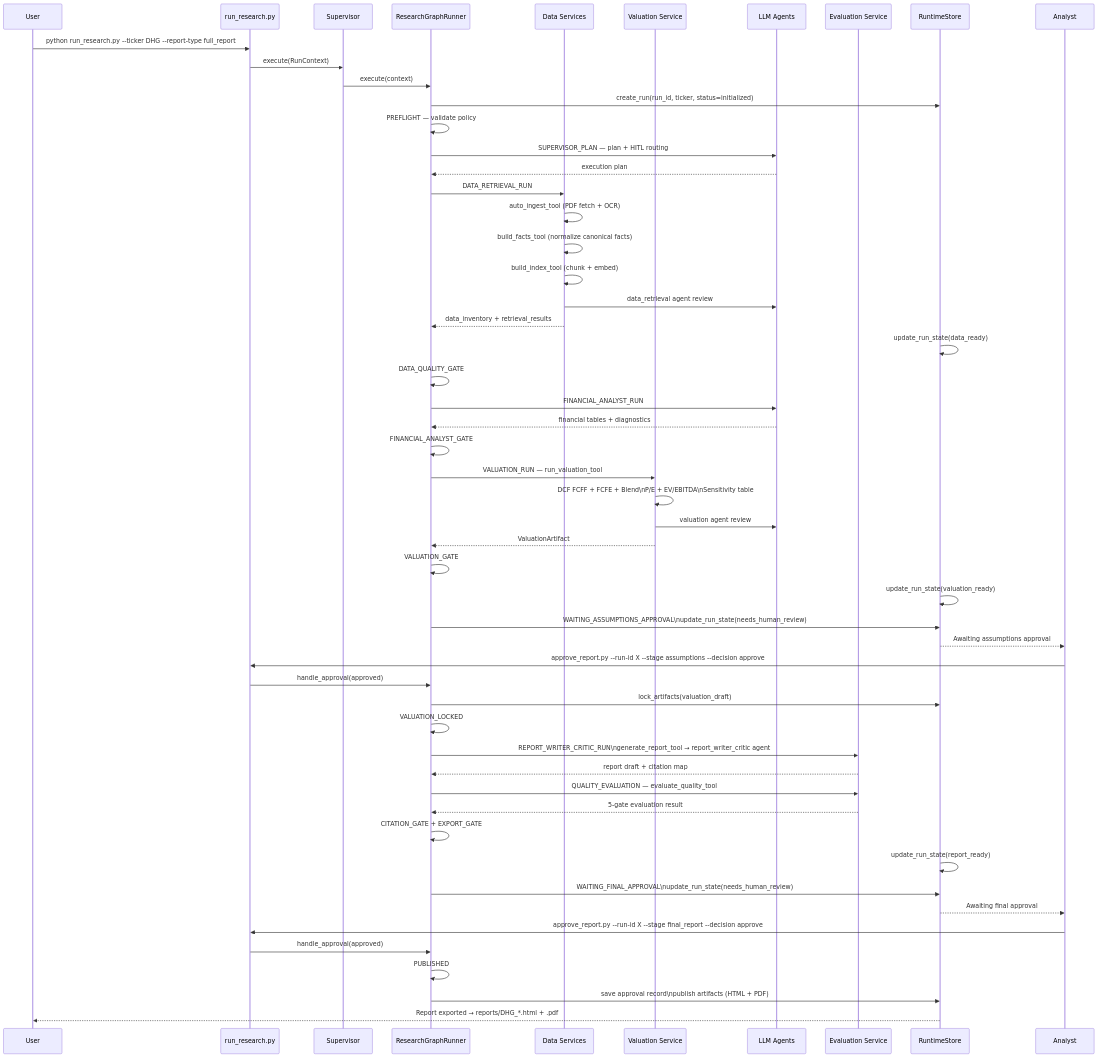
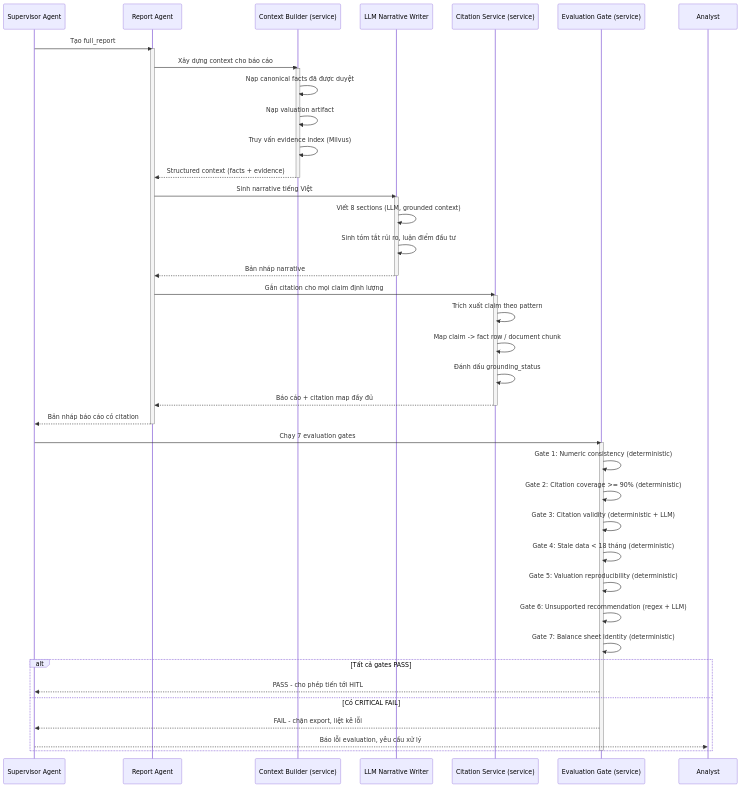
One commit to haubelerche/equity-research-system changed the fifth of 6 diagrams in docs/SEQUENCE.md. Above: the diagram before and after it, drawn with Mermaid. The commit also changed other lines of this file and 124 other files, not shown here.

````diff
--- a/docs/SEQUENCE.md
+++ b/docs/SEQUENCE.md
@@ -736,68 +297,57 @@
 ```mermaid
 sequenceDiagram
-  participant User
-  participant CLI as run_research.py
-  participant Supervisor
-  participant Runner as ResearchGraphRunner
-  participant DataSvc as Data Services
-  participant ValSvc as Valuation Service
-  participant LLM as LLM Agents
-  participant EvalSvc as Evaluation Service
-  participant Store as RuntimeStore
-  participant Analyst
+    participant Supervisor as Supervisor Agent
+    participant ReportAgent as Report Agent
+    participant CtxBuilder as Context Builder (service)
+    participant LLMWriter as LLM Narrative Writer
+    participant CitationSvc as Citation Service (service)
+    participant EvalGate as Evaluation Gate (service)
+    participant Analyst
 
-  User ->> CLI: python run_research.py --ticker DHG --report-type full_report
-  CLI ->> Supervisor: execute(RunContext)
-  Supervisor ->> Runner: execute(context)
+    Supervisor->>ReportAgent: Tạo full_report
+    activate ReportAgent
 
-  Runner ->> Store: create_run(run_id, ticker, status=initialized)
-  Runner ->> Runner: PREFLIGHT — validate policy
+    ReportAgent->>CtxBuilder: Xây dựng context cho báo cáo
+    activate CtxBuilder
+    CtxBuilder->>CtxBuilder: Nạp canonical facts đã được duyệt
+    CtxBuilder->>CtxBuilder: Nạp valuation artifact
+    CtxBuilder->>CtxBuilder: Truy vấn evidence index (Milvus)
+    CtxBuilder-->>ReportAgent: Structured context (facts + evidence)
+    deactivate CtxBuilder
 
-  Runner ->> LLM: SUPERVISOR_PLAN — plan + HITL routing
-  LLM -->> Runner: execution plan
+    ReportAgent->>LLMWriter: Sinh narrative tiếng Việt
+    activate LLMWriter
+    LLMWriter->>LLMWriter: Viết 8 sections (LLM, grounded context)
+    LLMWriter->>LLMWriter: Sinh tóm tắt rủi ro, luận điểm đầu tư
+    LLMWriter-->>ReportAgent: Bản nháp narrative
+    deactivate LLMWriter
 
-  Runner ->> DataSvc: DATA_RETRIEVAL_RUN
-  DataSvc ->> DataSvc: auto_ingest_tool (PDF fetch + OCR)
-  DataSvc ->> DataSvc: build_facts_tool (normalize canonical facts)
-  DataSvc ->> DataSvc: build_index_tool (chunk + embed)
-  DataSvc ->> LLM: data_retrieval agent review
-  DataSvc -->> Runner: data_inventory + retrieval_results
-  Store ->> Store: update_run_state(data_ready)
+    ReportAgent->>CitationSvc: Gắn citation cho mọi claim định lượng
+    activate CitationSvc
+    CitationSvc->>CitationSvc: Trích xuất claim theo pattern
+    CitationSvc->>CitationSvc: Map claim -> fact row / document chunk
+    CitationSvc->>CitationSvc: Đánh dấu grounding_status
+    CitationSvc-->>ReportAgent: Báo cáo + citation map đầy đủ
+    deactivate CitationSvc
 
-  Runner ->> Runner: DATA_QUALITY_GATE
-  Runner ->> LLM: FINANCIAL_ANALYST_RUN
-  LLM -->> Runner: financial tables + diagnostics
-  Runner ->> Runner: FINANCIAL_ANALYST_GATE
+    ReportAgent-->>Supervisor: Bản nháp báo cáo có citation
+    deactivate ReportAgent
 
-  Runner ->> ValSvc: VALUATION_RUN — run_valuation_tool
-  ValSvc ->> ValSvc: DCF FCFF + FCFE + Blend\nP/E + EV/EBITDA\nSensitivity table
-  ValSvc ->> LLM: valuation agent review
-  ValSvc -->> Runner: ValuationArtifact
-  Runner ->> Runner: VALUATION_GATE
-  Store ->> Store: update_run_state(valuation_ready)
+    Supervisor->>EvalGate: Chạy 7 evaluation gates
+    activate EvalGate
+    EvalGate->>EvalGate: Gate 1: Numeric consistency (deterministic)
+    EvalGate->>EvalGate: Gate 2: Citation coverage >= 90% (deterministic)
+    EvalGate->>EvalGate: Gate 3: Citation validity (deterministic + LLM)
+    EvalGate->>EvalGate: Gate 4: Stale data < 18 tháng (deterministic)
+    EvalGate->>EvalGate: Gate 5: Valuation reproducibility (deterministic)
+    EvalGate->>EvalGate: Gate 6: Unsupported recommendation (regex + LLM)
+    EvalGate->>EvalGate: Gate 7: Balance sheet identity (deterministic)
 
-  Runner ->> Store: WAITING_ASSUMPTIONS_APPROVAL\nupdate_run_state(needs_human_review)
-  Store -->> Analyst: Awaiting assumptions approval
-
-  Analyst ->> CLI: approve_report.py --run-id X --stage assumptions --decision approve
-  CLI ->> Runner: handle_approval(approved)
-  Runner ->> Store: lock_artifacts(valuation_draft)
-
-  Runner ->> Runner: VALUATION_LOCKED
-  Runner ->> EvalSvc: REPORT_WRITER_CRITIC_RUN\ngenerate_report_tool → report_writer_critic agent
-  EvalSvc -->> Runner: report draft + citation map
-
-  Runner ->> EvalSvc: QUALITY_EVALUATION — evaluate_quality_tool
-  EvalSvc -->> Runner: 5-gate evaluation result
-  Runner ->> Runner: CITATION_GATE + EXPORT_GATE
-  Store ->> Store: update_run_state(report_ready)
-
-  Runner ->> Store: WAITING_FINAL_APPROVAL\nupdate_run_state(needs_human_review)
-  Store -->> Analyst: Awaiting final approval
-
-  Analyst ->> CLI: approve_report.py --run-id X --stage final_report --decision approve
-  CLI ->> Runner: handle_approval(approved)
-  Runner ->> Runner: PUBLISHED
-  Runner ->> Store: save approval record\npublish artifacts (HTML + PDF)
-  Store -->> User: Report exported → reports/DHG_*.html + .pdf
+    alt Tất cả gates PASS
+        EvalGate-->>Supervisor: PASS - cho phép tiến tới HITL
+    else Có CRITICAL FAIL
+        EvalGate-->>Supervisor: FAIL - chặn export, liệt kê lỗi
+        Supervisor-->>Analyst: Báo lỗi evaluation, yêu cầu xử lý
+    end
+    deactivate EvalGate
 ```
````
